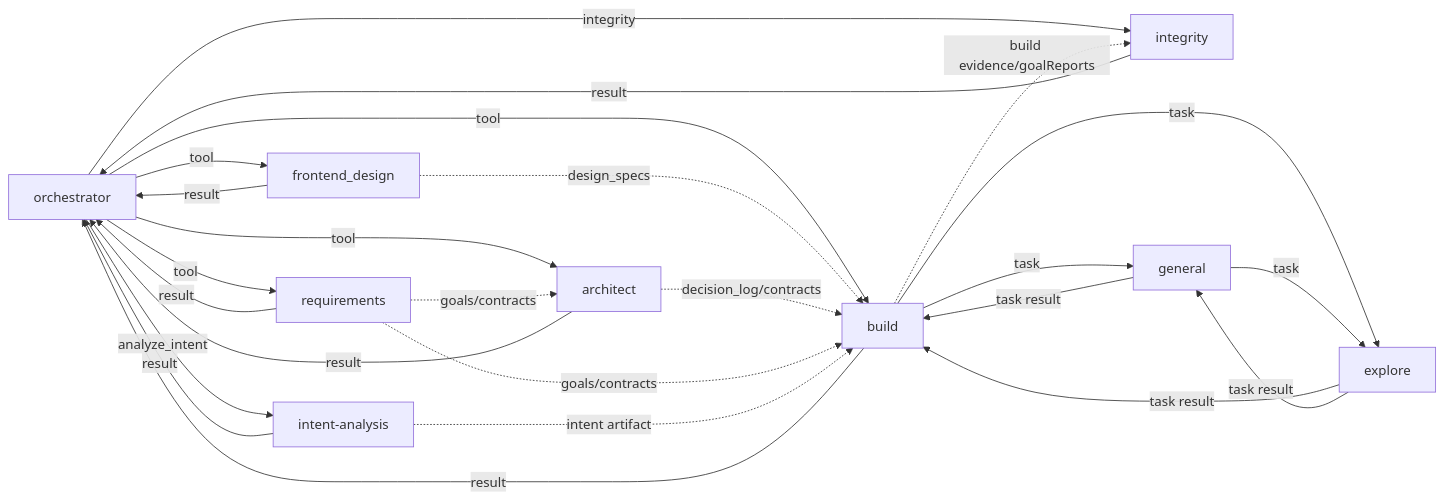
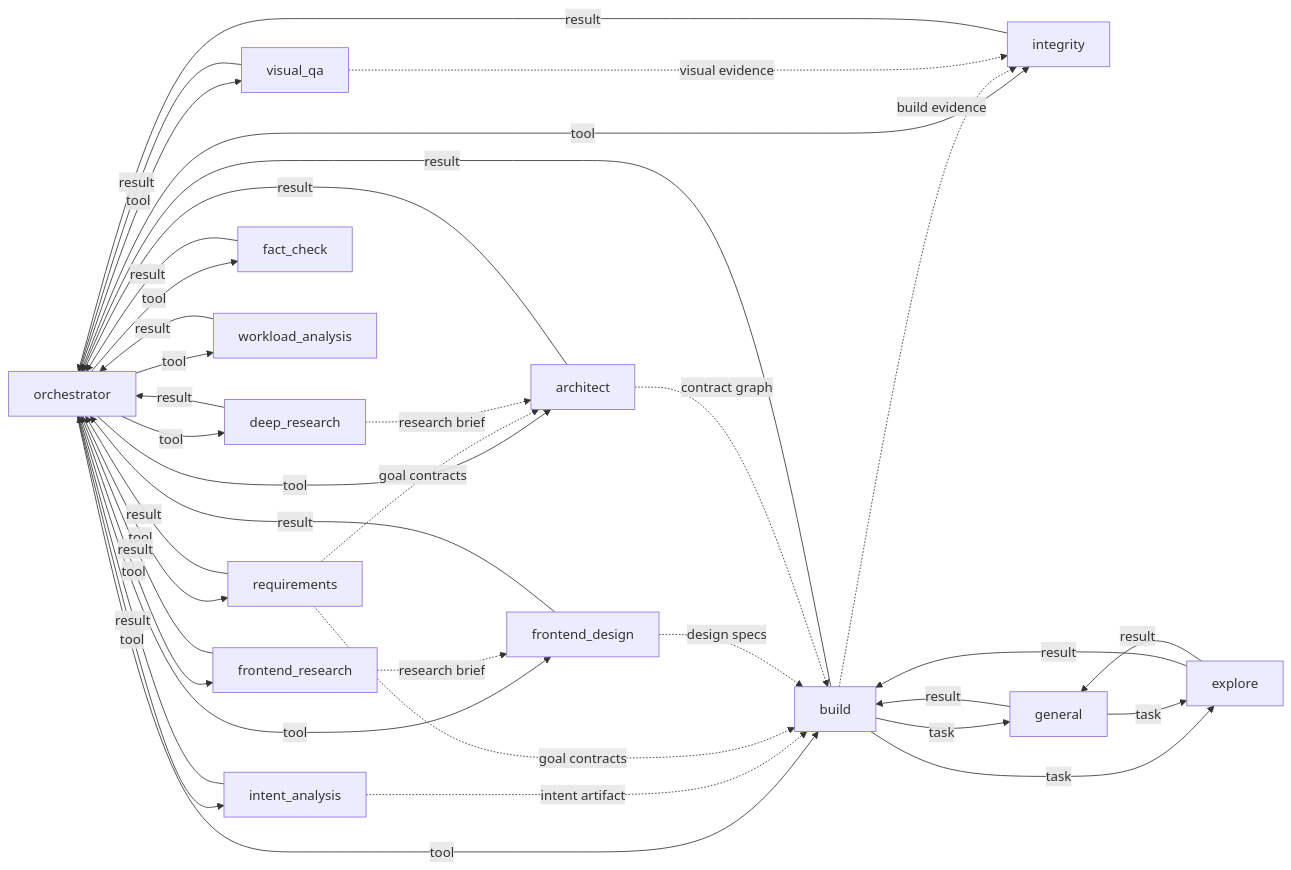
Before and after one commit to yangheng95/argus: the diagram in specs/current/architecture/13-agent-communication-matrix.md, drawn with Mermaid. The commit also changed other lines of this file and 310 other files, not shown here.

````diff
--- a/specs/current/architecture/13-agent-communication-matrix.md
+++ b/specs/current/architecture/13-agent-communication-matrix.md
@@ -179,38 +90,56 @@
 ```mermaid
 flowchart LR
   O[orchestrator]
   R[requirements]
   X[frontend_design]
   A[architect]
   B[build]
+  V[visual_qa]
   IT[integrity]
-  I[intent-analysis]
+  I[intent_analysis]
+  FR[frontend_research]
+  DR[deep_research]
+  FC[fact_check]
+  W[workload_analysis]
   G[general]
   E[explore]
 
   O -->|tool| R
   R -->|result| O
+  O -->|tool| FR
+  FR -->|result| O
+  O -->|tool| DR
+  DR -->|result| O
   O -->|tool| X
   X -->|result| O
   O -->|tool| A
   A -->|result| O
   O -->|tool| B
   B -->|result| O
-  O -->|analyze_intent| I
+  O -->|tool| V
+  V -->|result| O
+  O -->|tool| IT
+  IT -->|result| O
+  O -->|tool| I
   I -->|result| O
-  O -->|integrity| IT
-  IT -->|result| O
-  X -.->|design_specs| B
-  A -.->|decision_log/contracts| B
-  R -.->|goals/contracts| A
-  R -.->|goals/contracts| B
+  O -->|tool| FC
+  FC -->|result| O
+  O -->|tool| W
+  W -->|result| O
+  B -->|task| G
+  G -->|result| B
+  B -->|task| E
+  E -->|result| B
+  G -->|task| E
+  E -->|result| G
+
   I -.->|intent artifact| B
-  B -.->|build evidence/goalReports| IT
-  B -->|task| G
-  G -->|task result| B
-  B -->|task| E
-  E -->|task result| B
-
-  G -->|task| E
-  E -->|task result| G
+  R -.->|goal contracts| A
+  R -.->|goal contracts| B
+  FR -.->|research brief| X
+  DR -.->|research brief| A
+  X -.->|design specs| B
+  A -.->|contract graph| B
+  B -.->|build evidence| IT
+  V -.->|visual evidence| IT
 ```
````
